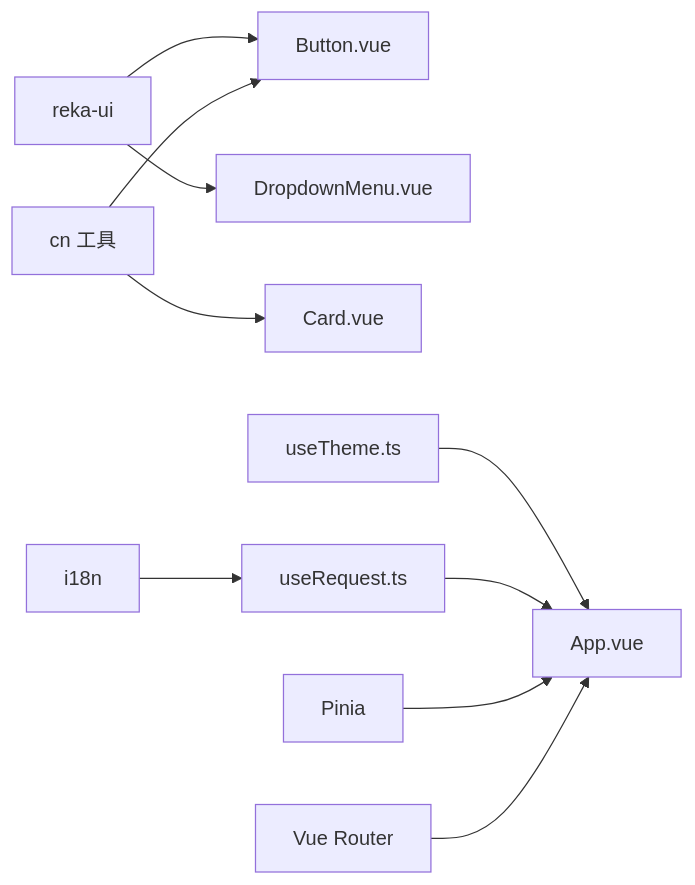
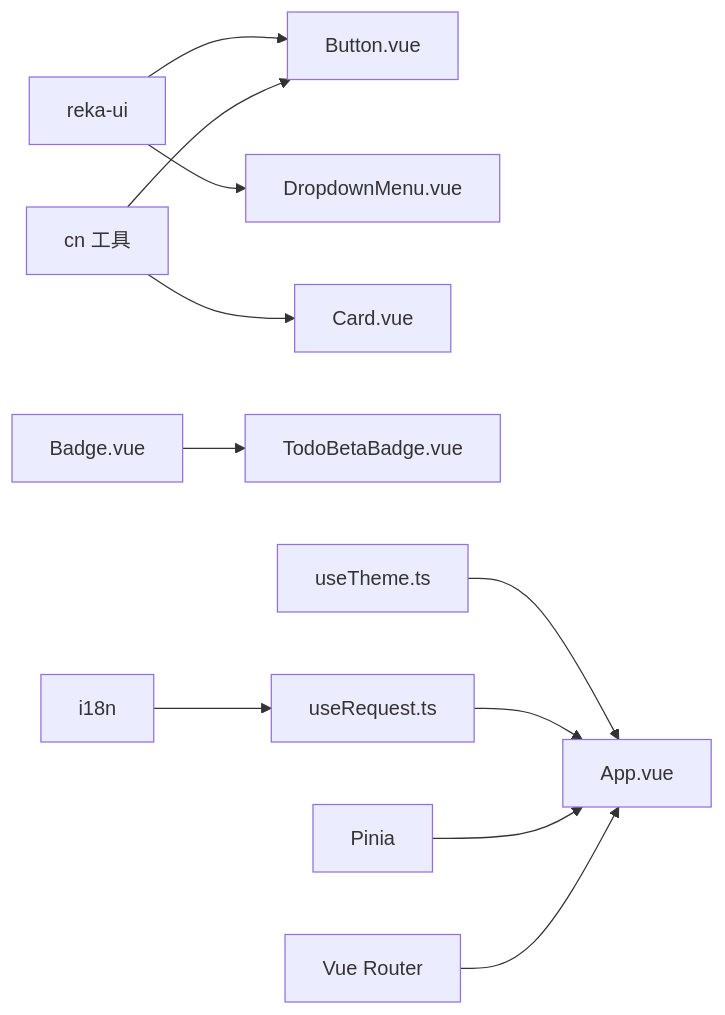
The ninth of 9 diagrams in .qoder/repowiki/zh/content/前端开发/组件系统/组件系统.md (xixixiaoyu/Todo), drawn with Mermaid before and after one commit. The commit also changed other lines of this file and 77 other files, not shown here.

````diff
--- a/.qoder/repowiki/zh/content/前端开发/组件系统/组件系统.md
+++ b/.qoder/repowiki/zh/content/前端开发/组件系统/组件系统.md
@@ -287,12 +356,13 @@
 ```mermaid
 graph LR
 REKA["reka-ui"] --> BTN["Button.vue"]
 REKA --> DROP["DropdownMenu.vue"]
 UTILS["cn 工具"] --> BTN
 UTILS --> CARD["Card.vue"]
+BADGE_CORE["Badge.vue"] --> TODO_BADGE["TodoBetaBadge.vue"]
 THEME["useTheme.ts"] --> APP["App.vue"]
 REQ["useRequest.ts"] --> APP
 PINIA["Pinia"] --> APP
 ROUTER["Vue Router"] --> APP
 I18N["i18n"] --> REQ
 ```
````
